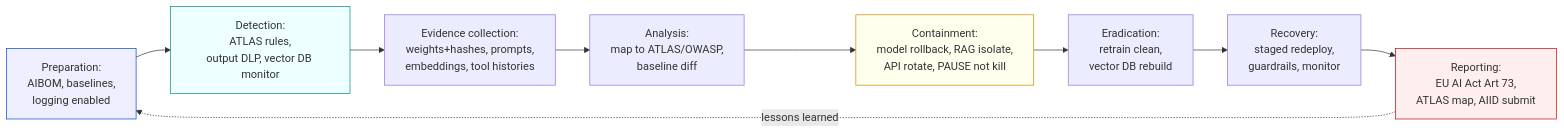
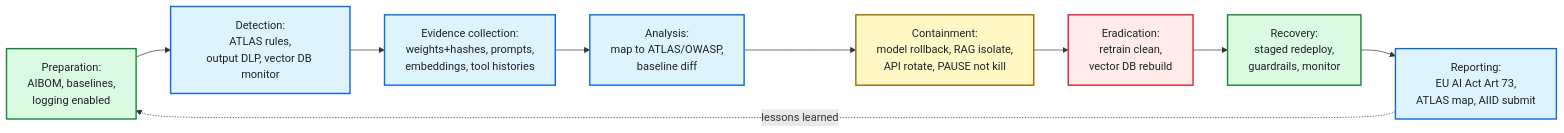
One commit to depalmar/ai-dfir-toolkit changed the eighth of 8 diagrams in docs/ai-dfir-investigation-guide.md. Above: the diagram before and after it, drawn with Mermaid. The commit also changed other lines of this file, not shown here.

Commit message:
Restyle Mermaid diagrams with GitHub Primer palette for light/dark mode legibility

````diff
--- a/docs/ai-dfir-investigation-guide.md
+++ b/docs/ai-dfir-investigation-guide.md
@@ -761,16 +809,25 @@
 ```mermaid
 flowchart LR
     P[Preparation:<br/>AIBOM, baselines,<br/>logging enabled] --> D[Detection:<br/>ATLAS rules,<br/>output DLP, vector DB monitor]
     D --> EC[Evidence collection:<br/>weights+hashes, prompts,<br/>embeddings, tool histories]
     EC --> AN[Analysis:<br/>map to ATLAS/OWASP,<br/>baseline diff]
     AN --> CN[Containment:<br/>model rollback, RAG isolate,<br/>API rotate, PAUSE not kill]
     CN --> ER[Eradication:<br/>retrain clean,<br/>vector DB rebuild]
     ER --> RC[Recovery:<br/>staged redeploy,<br/>guardrails, monitor]
     RC --> RP[Reporting:<br/>EU AI Act Art 73,<br/>ATLAS map, AIID submit]
     RP -.lessons learned.-> P
 
-    style P fill:#eef,stroke:#04c
-    style D fill:#eff,stroke:#088
-    style CN fill:#ffe,stroke:#c80
-    style RP fill:#fee,stroke:#c00
+    classDef prep fill:#dafbe1,stroke:#1a7f37,stroke-width:2px,color:#1f2328
+    classDef detect fill:#ddf4ff,stroke:#0969da,stroke-width:2px,color:#1f2328
+    classDef contain fill:#fff8c5,stroke:#9a6700,stroke-width:2px,color:#1f2328
+    classDef eradicate fill:#ffebe9,stroke:#d1242f,stroke-width:2px,color:#1f2328
+    classDef recover fill:#dafbe1,stroke:#1a7f37,stroke-width:2px,color:#1f2328
+    classDef report fill:#ddf4ff,stroke:#0969da,stroke-width:2px,color:#1f2328
+
+    class P prep
+    class D,EC,AN detect
+    class CN contain
+    class ER eradicate
+    class RC recover
+    class RP report
 ```
````
